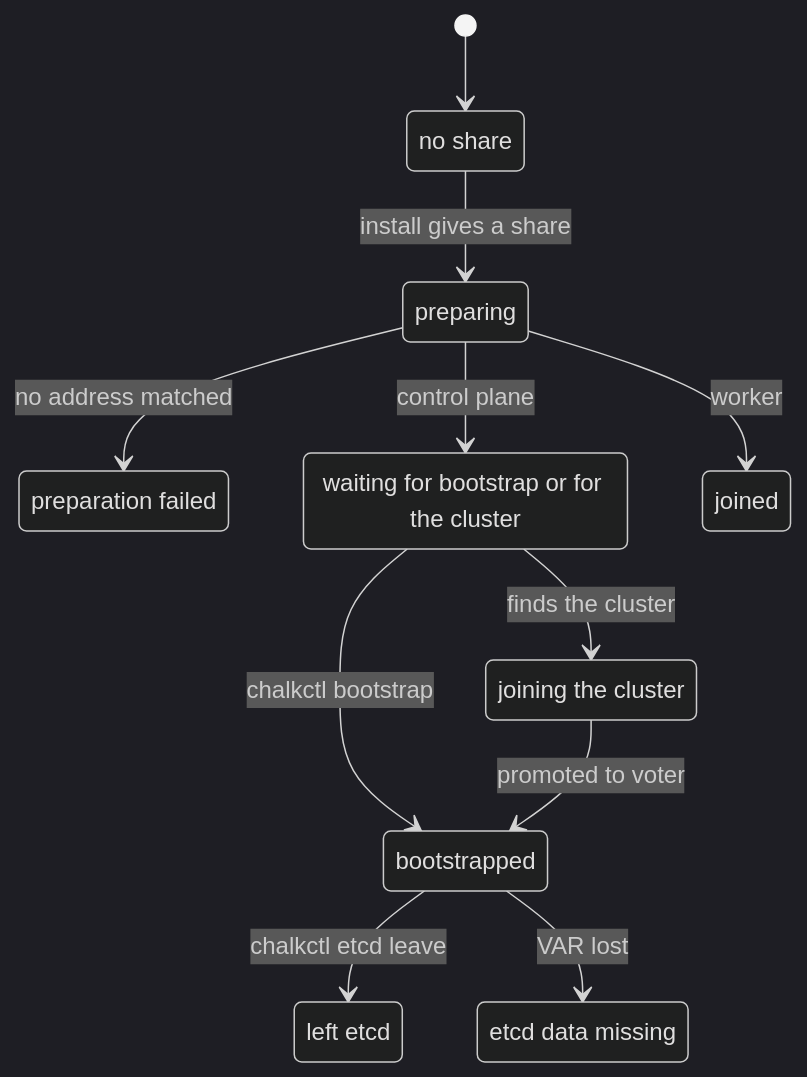
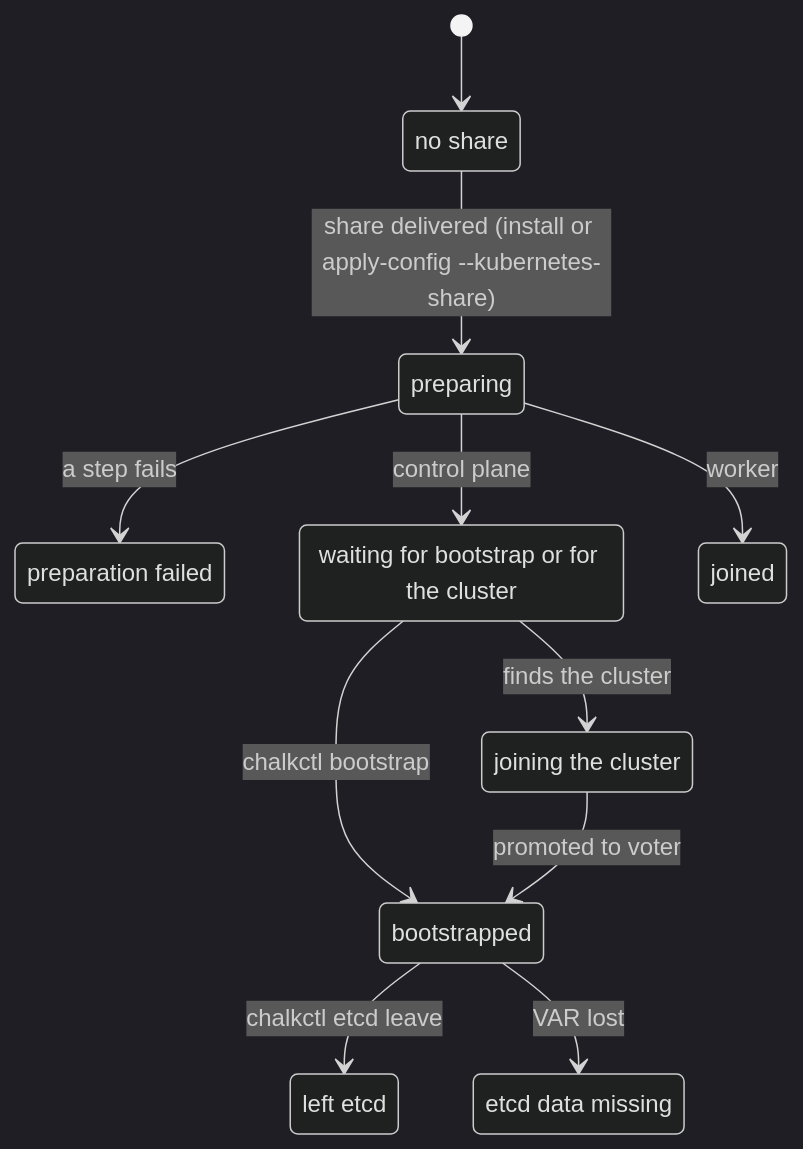
Before and after one commit to trevex/chalkos: the third of 3 diagrams in docs/how-it-works/kubernetes/control-plane.md, drawn with Mermaid (dark theme). The commit also changed other lines of this file and 19 other files, not shown here.

````diff
--- a/docs/how-it-works/kubernetes/control-plane.md
+++ b/docs/how-it-works/kubernetes/control-plane.md
@@ -216,22 +216,22 @@
 ```mermaid
 stateDiagram-v2
     state "no share" as NoShare
     state "preparing" as Preparing
     state "preparation failed" as Failed
     state "waiting for bootstrap or for the cluster" as Waiting
     state "joining the cluster" as Joining
     state "bootstrapped" as Bootstrapped
     state "joined" as Joined
     state "left etcd" as Left
     state "etcd data missing" as Missing
     [*] --> NoShare
-    NoShare --> Preparing: install gives a share
-    Preparing --> Failed: no address matched
+    NoShare --> Preparing: share delivered (install or apply-config --kubernetes-share)
+    Preparing --> Failed: a step fails
     Preparing --> Joined: worker
     Preparing --> Waiting: control plane
     Waiting --> Bootstrapped: chalkctl bootstrap
     Waiting --> Joining: finds the cluster
     Joining --> Bootstrapped: promoted to voter
     Bootstrapped --> Left: chalkctl etcd leave
     Bootstrapped --> Missing: VAR lost
 ```
````
